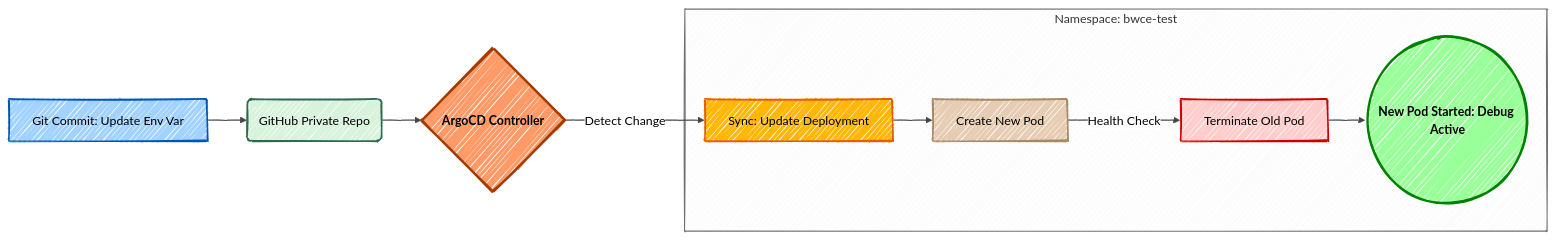
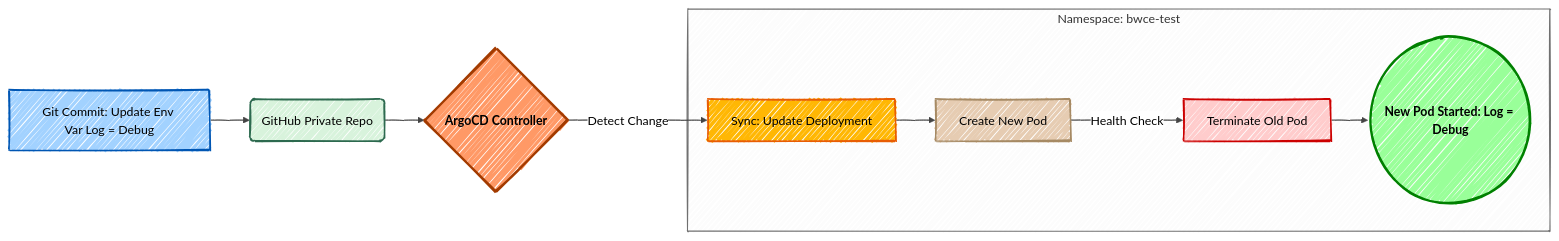
One commit to dmassimi/argocd-bwce changed the diagram in README.md. Above: the diagram before and after it, drawn with Mermaid.

````diff
--- a/README.md
+++ b/README.md
@@ -49,33 +49,33 @@
 ```mermaid
 %%{init: {
   'theme': 'base', 
   'look': 'handDrawn', 
   'themeVariables': { 
     'fontFamily': 'Comic Sans MS, cursive',
     'primaryColor': '#ffffff',
     'mainBkg': '#ffffff',
     'lineColor': '#444444'
   }
 }}%%
 
 %%{init: {'theme': 'neutral'}}%%
 graph LR
-    A[Git Commit: Update Env Var] --> B(GitHub Private Repo)
+    A[Git Commit: Update Env Var Log = Debug] --> B(GitHub Private Repo)
     B --> C{ArgoCD Controller}
     C -->|Detect Change| D[Sync: Update Deployment]
     
     subgraph "Namespace: bwce-test"
     D --> E[Create New Pod]
     E -->|Health Check| F[Terminate Old Pod]
-    F --> G((New Pod Started: Debug Active))
+    F --> G((New Pod Started: Log = Debug ))
     end
 
 %% Apply more colors using style classes or individual styles
     style A fill:#a2d2ff,stroke:#0056b3,stroke-width:2px,rx:10,ry:10,color:#000
     style B fill:#d8f3dc,stroke:#2d6a4f,stroke-width:2px,rx:10,ry:10,color:#000
     style C fill:#f96,stroke:#a33b00,stroke-width:3px,color:#000,font-weight:bold
     style D fill:#ffb703,stroke:#e85d04,stroke-width:2px,rx:10,ry:10,color:#000
     style E fill:#e6ccb2,stroke:#a68a64,stroke-width:2px,rx:10,ry:10,color:#000
     style F fill:#ffcccc,stroke:#cc0000,stroke-width:2px,rx:10,ry:10,color:#000
     style G fill:#9f9,stroke:#008000,stroke-width:3px,color:#000,font-weight:bold
 ```
````
